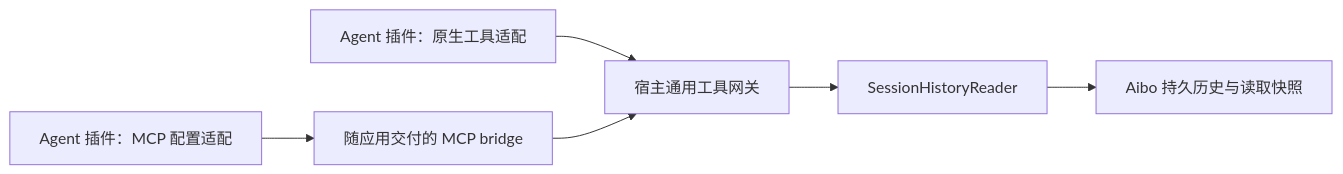
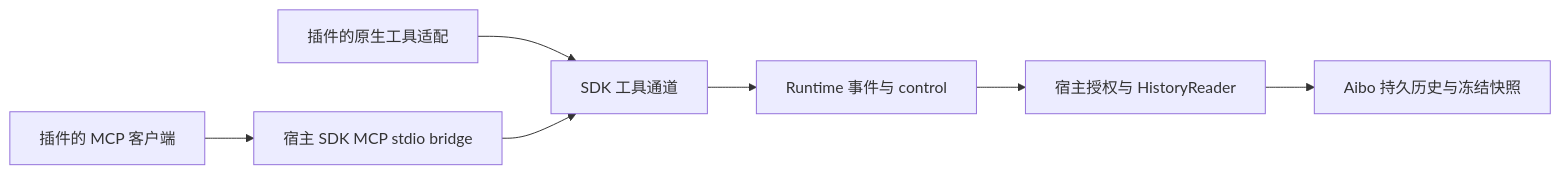
One commit to chldu2000/aibo changed the diagram in docs/session-history-tool-design.md. Above: the diagram before and after it, drawn with Mermaid. The commit also changed other lines of this file and 42 other files, not shown here.

First line of the commit message:
feat(session): expose scoped history through generic host tools

````diff
--- a/docs/session-history-tool-design.md
+++ b/docs/session-history-tool-design.md
@@ -13,8 +26,9 @@
 ```mermaid
 flowchart LR
-  A[Agent 插件：MCP 配置适配] --> B[随应用交付的 MCP bridge]
-  C[Agent 插件：原生工具适配] --> D[宿主通用工具网关]
-  B --> D
-  D --> E[SessionHistoryReader]
-  E --> F[Aibo 持久历史与读取快照]
+  A[插件的原生工具适配] --> D[SDK 工具通道]
+  B[插件的 MCP 客户端] --> C[宿主 SDK MCP stdio bridge]
+  C --> D
+  D --> E[Runtime 事件与 control]
+  E --> F[宿主授权与 HistoryReader]
+  F --> G[Aibo 持久历史与冻结快照]
 ```
````
